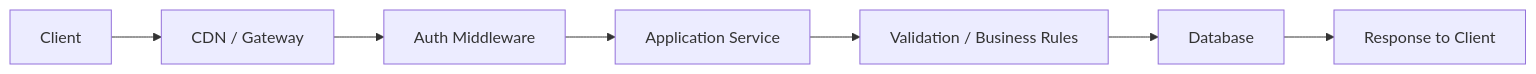
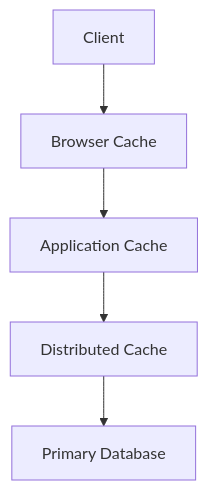
Diagram 11 of 25 in ARCHITECTURE.md (quesiblaq442-del/architecture-diagram), drawn with Mermaid before and after one commit. The commit also changed other lines of this file, not shown here.

````diff
--- a/ARCHITECTURE.md
+++ b/ARCHITECTURE.md
@@ -346,9 +290,7 @@
 ```mermaid
-graph LR
-    Client["Client"] --> Edge["CDN / Gateway"]
-    Edge --> Auth["Auth Middleware"]
-    Auth --> App["Application Service"]
-    App --> Validate["Validation / Business Rules"]
-    Validate --> DB["Database"]
-    DB --> Response["Response to Client"]
+graph TB
+    Client["Client"] --> Browser["Browser Cache"]
+    Browser --> App["Application Cache"]
+    App --> Redis["Distributed Cache"]
+    Redis --> DB["Primary Database"]
 ```
````
